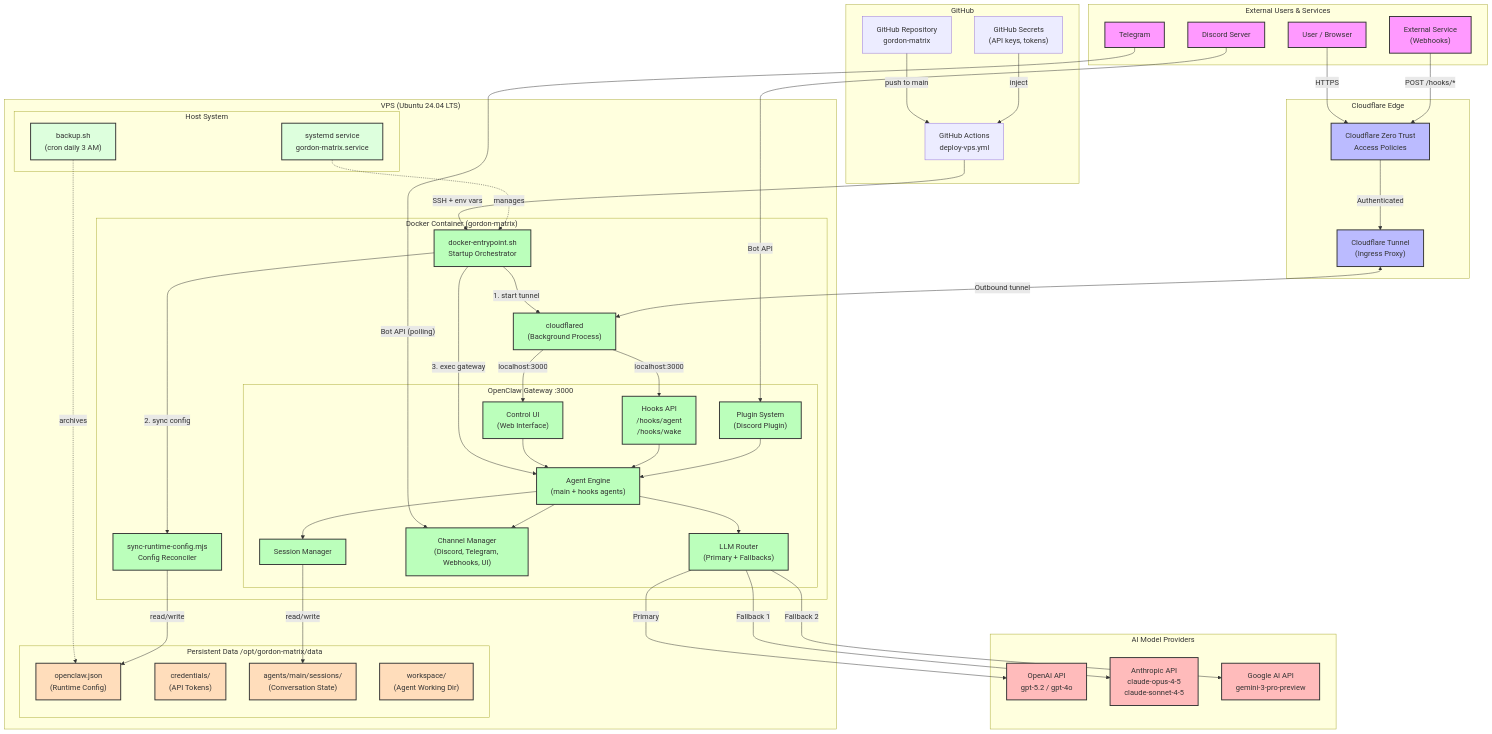
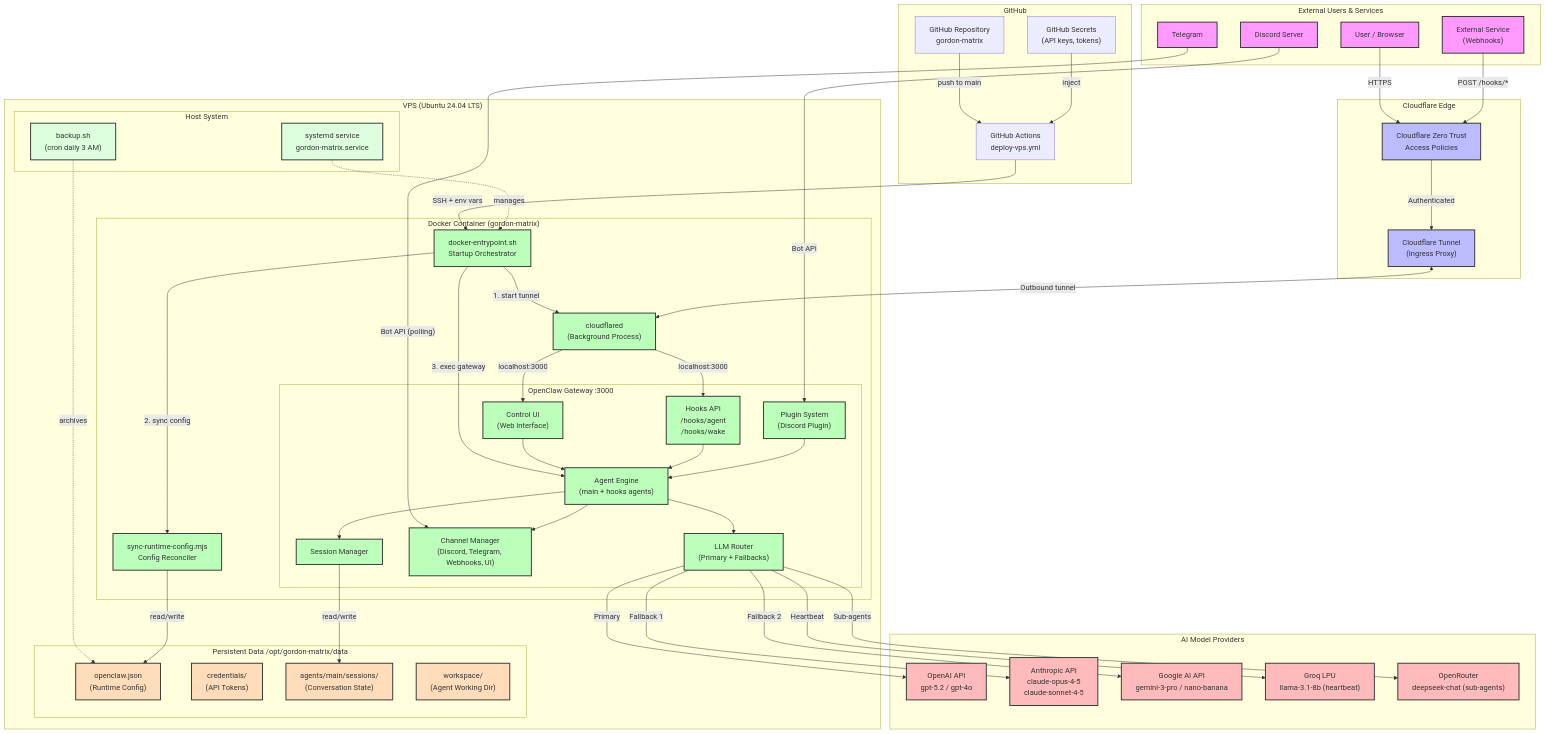
The first of 3 diagrams in docs/repository-deep-dive.md (sanchezcodes/gordon-matrix), drawn with Mermaid before and after one commit. The commit also changed other lines of this file and 2 other files, not shown here.

First line of the commit message:
Update docs: Groq/OpenRouter tiered routing, Nano Banana image gen

````diff
--- a/docs/repository-deep-dive.md
+++ b/docs/repository-deep-dive.md
@@ -192,7 +202,9 @@
     subgraph "AI Model Providers"
         OpenAI["OpenAI API<br/>gpt-5.2 / gpt-4o"]
         Anthropic["Anthropic API<br/>claude-opus-4-5<br/>claude-sonnet-4-5"]
-        Google["Google AI API<br/>gemini-3-pro-preview"]
+        Google["Google AI API<br/>gemini-3-pro / nano-banana"]
+        Groq["Groq LPU<br/>llama-3.1-8b (heartbeat)"]
+        OpenRouter["OpenRouter<br/>deepseek-chat (sub-agents)"]
     end
 
     %% Deployment flow
@@ -231,6 +243,8 @@
     LLMRouter -->|"Primary"| OpenAI
     LLMRouter -->|"Fallback 1"| Anthropic
     LLMRouter -->|"Fallback 2"| Google
+    LLMRouter -->|"Heartbeat"| Groq
+    LLMRouter -->|"Sub-agents"| OpenRouter
 
     %% Styling
     classDef external fill:#f9f,stroke:#333,stroke-width:2px
@@ -244,6 +258,6 @@
     class CFAccess,CFTunnel cloud
     class Entrypoint,CloudflaredBg,SyncScript,AgentEngine,LLMRouter,ChannelMgr,SessionMgr,PluginSys,ControlUI,HooksAPI infra
     class Config,Creds,Sessions,Workspace storage
-    class OpenAI,Anthropic,Google ai
+    class OpenAI,Anthropic,Google,Groq,OpenRouter ai
     class SystemdSvc,BackupCron host
 ```
````
